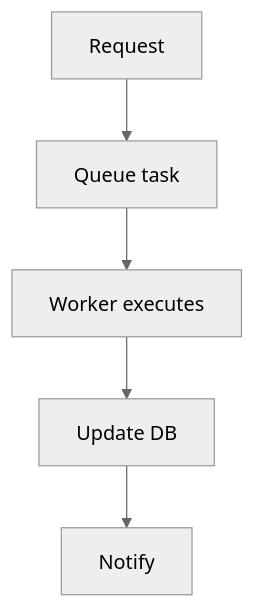
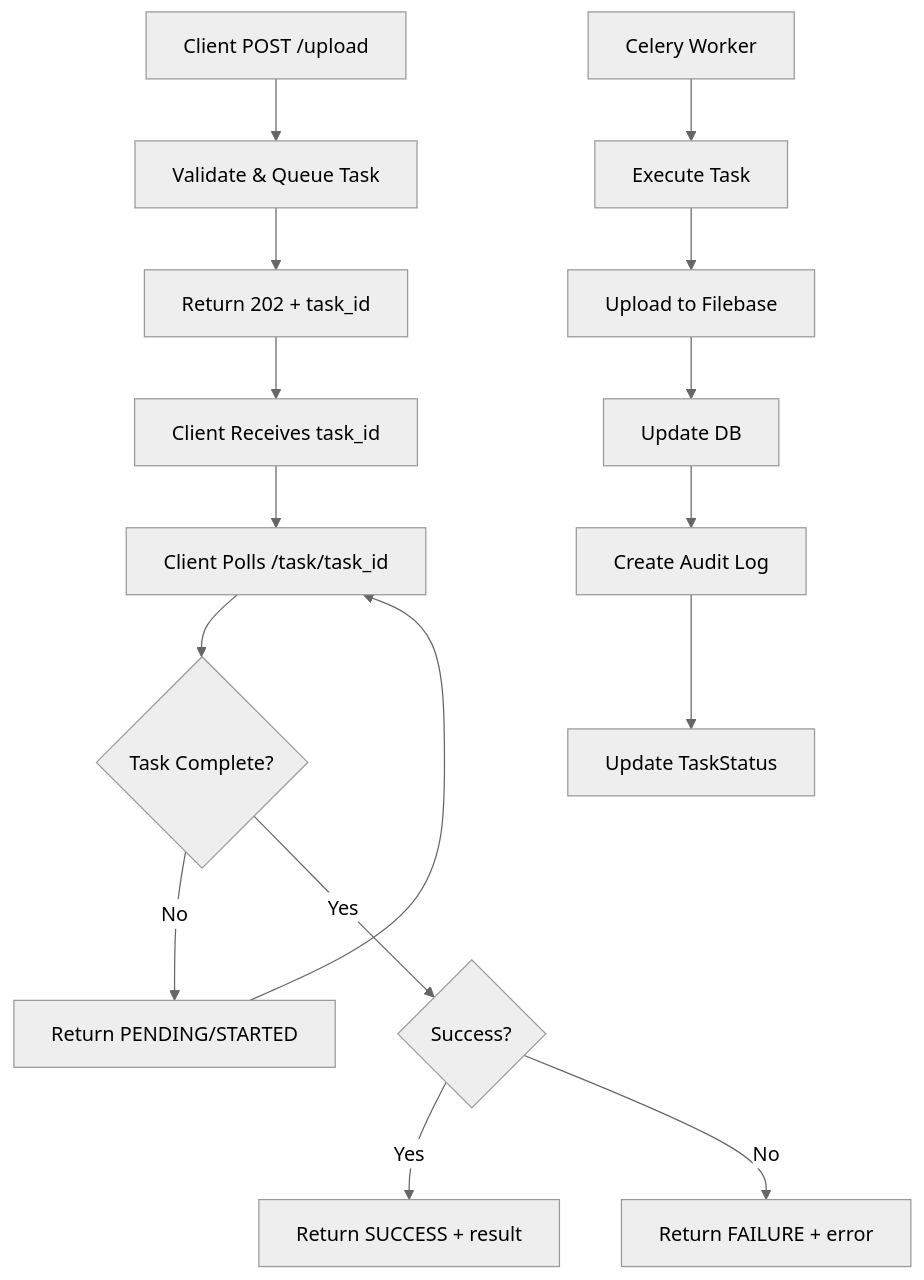
The diagram in user-stories/US-009-async-celery-redis.md (mentally-gamez-soft/ipfs-gateway), drawn with Mermaid (neutral theme) before and after one commit. The commit also changed other lines of this file and 7 other files, not shown here.

````diff
--- a/user-stories/US-009-async-celery-redis.md
+++ b/user-stories/US-009-async-celery-redis.md
@@ -22,7 +52,18 @@
 ```mermaid
 flowchart TD
-A[Request] --> B[Queue task]
-B --> C[Worker executes]
-C --> D[Update DB]
-D --> E[Notify]
+    A[Client POST /upload] --> B[Validate & Queue Task]
+    B --> C[Return 202 + task_id]
+    C --> D[Client Receives task_id]
+    D --> E[Client Polls /task/task_id]
+    E --> F{Task Complete?}
+    F -->|No| G[Return PENDING/STARTED]
+    G --> E
+    F -->|Yes| H{Success?}
+    H -->|Yes| I[Return SUCCESS + result]
+    H -->|No| J[Return FAILURE + error]
+    K[Celery Worker] --> L[Execute Task]
+    L --> M[Upload to Filebase]
+    M --> N[Update DB]
+    N --> O[Create Audit Log]
+    O --> P[Update TaskStatus]
 ```
````
